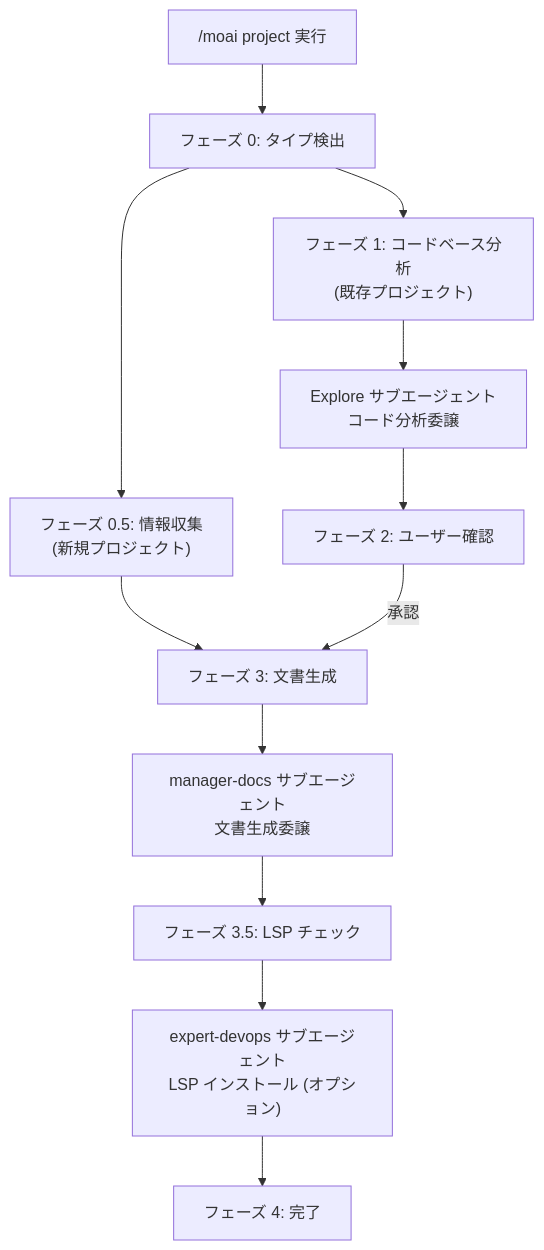
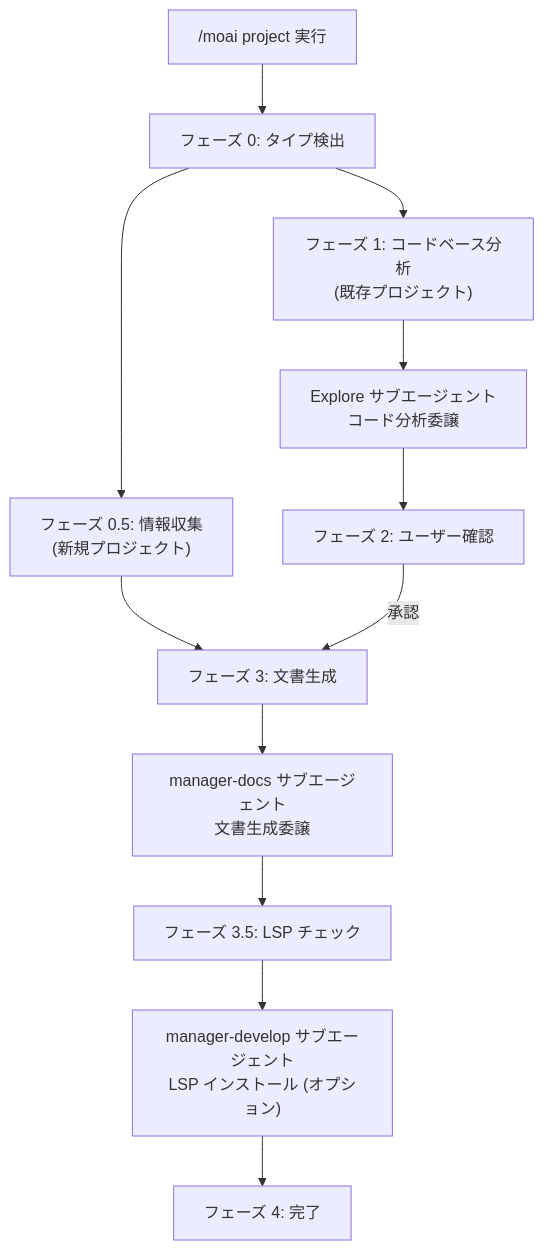
Before and after one commit to modu-ai/moai-adk: the second of 2 diagrams in docs-site/content/ja/workflow-commands/moai-project.md, drawn with Mermaid. The commit also changed other lines of this file and 153 other files, not shown here.

````diff
--- a/docs-site/content/ja/workflow-commands/moai-project.md
+++ b/docs-site/content/ja/workflow-commands/moai-project.md
@@ -497,18 +497,18 @@
 ```mermaid
 flowchart TD
     Start["/moai project 実行"] --> Phase0["フェーズ 0: タイプ検出"]
     Phase0 --> Phase05["フェーズ 0.5: 情報収集<br/>(新規プロジェクト)"]
     Phase0 --> Phase1["フェーズ 1: コードベース分析<br/>(既存プロジェクト)"]
 
     Phase1 --> Explore["Explore サブエージェント<br/>コード分析委譲"]
     Explore --> Phase2["フェーズ 2: ユーザー確認"]
 
     Phase05 --> Phase3["フェーズ 3: 文書生成"]
     Phase2 -->|承認| Phase3
 
     Phase3 --> Docs["manager-docs サブエージェント<br/>文書生成委譲"]
     Docs --> Phase35["フェーズ 3.5: LSP チェック"]
 
-    Phase35 --> DevOps["expert-devops サブエージェント<br/>LSP インストール (オプション)"]
+    Phase35 --> DevOps["manager-develop サブエージェント<br/>LSP インストール (オプション)"]
     DevOps --> Phase4["フェーズ 4: 完了"]
 ```
````
